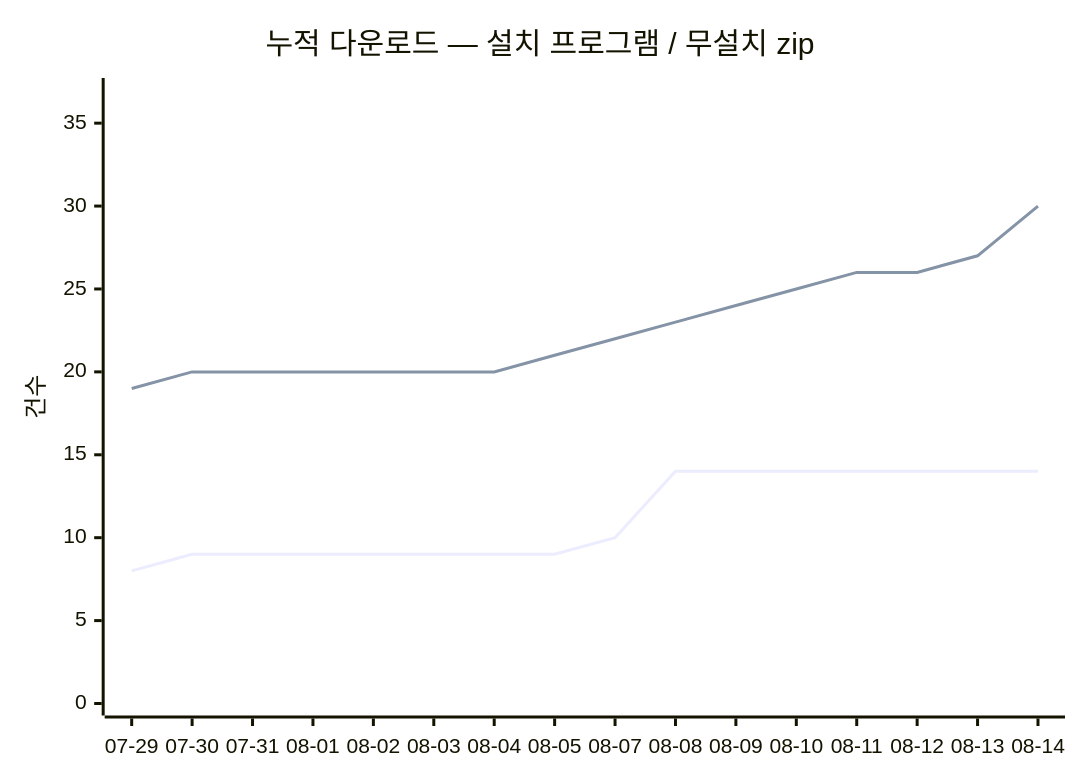
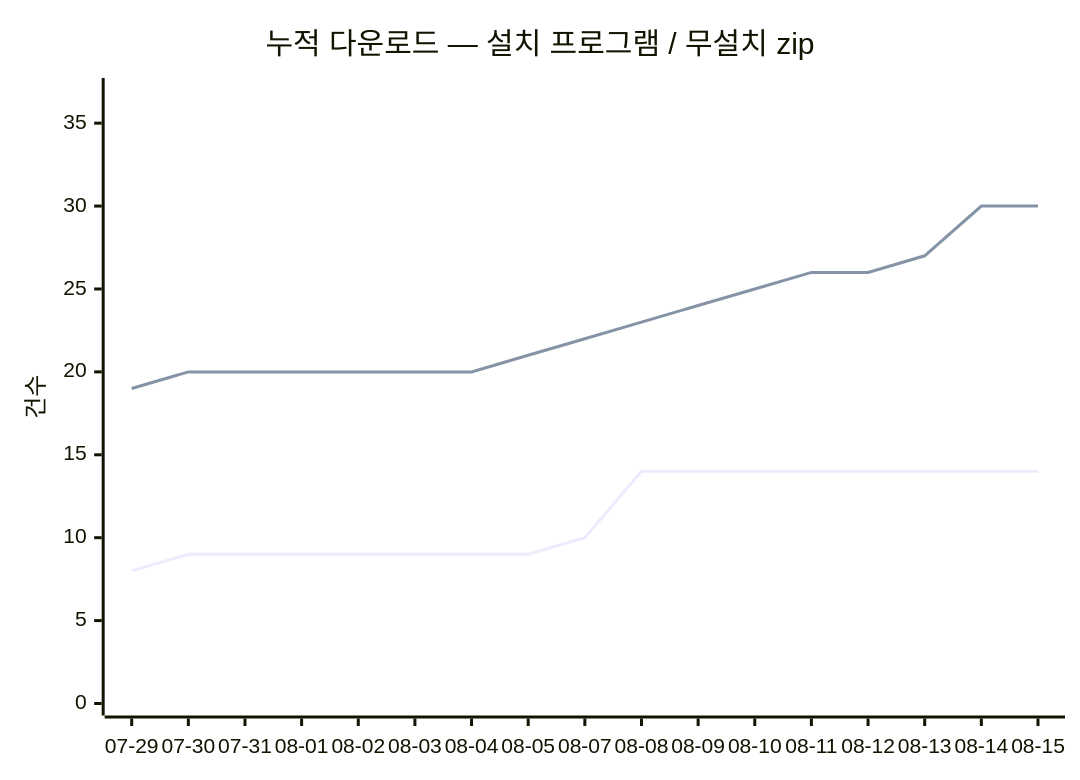
One commit to dodaseo/ibis-releases changed the diagram in README.md. Above: the diagram before and after it, drawn with Mermaid. The commit also changed other lines of this file and 2 other files, not shown here.

Commit message:
chore(stats): 다운로드 스냅숏 2026-08-15

````diff
--- a/README.md
+++ b/README.md
@@ -144,8 +144,8 @@
 ```mermaid
 xychart-beta
     title "누적 다운로드 — 설치 프로그램 / 무설치 zip"
-    x-axis [07-29, 07-30, 07-31, 08-01, 08-02, 08-03, 08-04, 08-05, 08-07, 08-08, 08-09, 08-10, 08-11, 08-12, 08-13, 08-14]
+    x-axis [07-29, 07-30, 07-31, 08-01, 08-02, 08-03, 08-04, 08-05, 08-07, 08-08, 08-09, 08-10, 08-11, 08-12, 08-13, 08-14, 08-15]
     y-axis "건수" 0 --> 37
-    line [8, 9, 9, 9, 9, 9, 9, 9, 10, 14, 14, 14, 14, 14, 14, 14]
-    line [19, 20, 20, 20, 20, 20, 20, 21, 22, 23, 24, 25, 26, 26, 27, 30]
+    line [8, 9, 9, 9, 9, 9, 9, 9, 10, 14, 14, 14, 14, 14, 14, 14, 14]
+    line [19, 20, 20, 20, 20, 20, 20, 21, 22, 23, 24, 25, 26, 26, 27, 30, 30]
 ```
````
